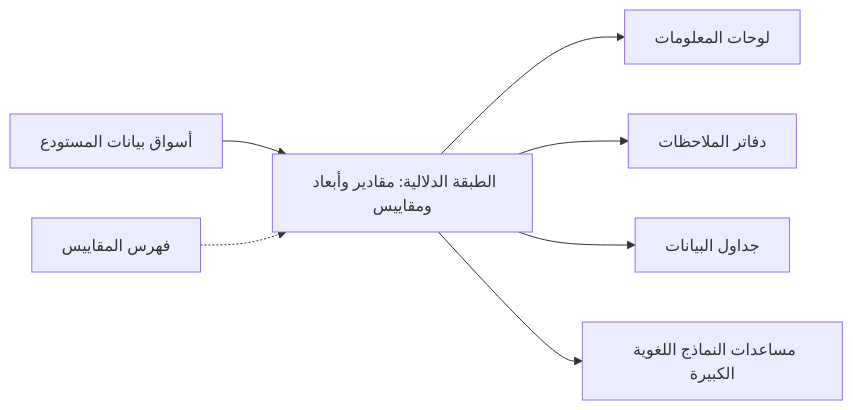
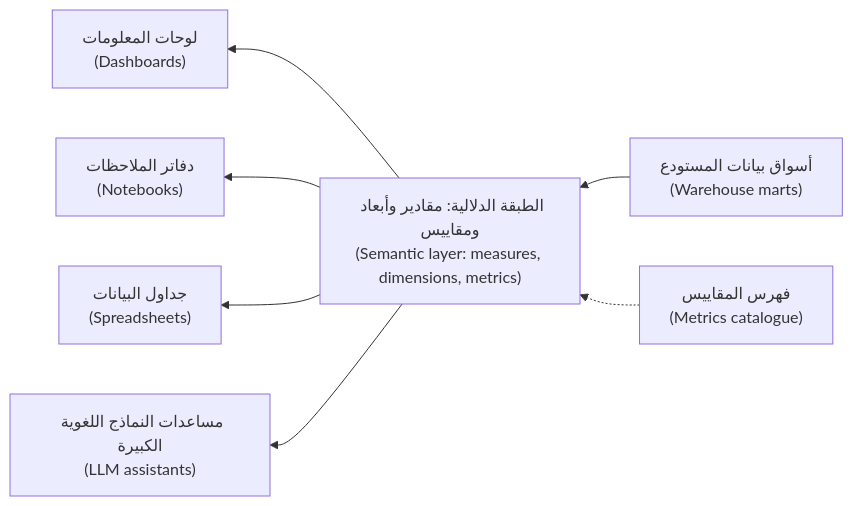
One commit to Tamoura/system-design-for-vibe-coders changed the first of 3 diagrams in data/modules/04-analytics.ar.md. Above: the diagram before and after it, drawn with Mermaid. The commit also changed other lines of this file and 20 other files, not shown here.

First line of the commit message:
New courses: Arabic diagrams read right-to-left with English labels (modules 0–6)

````diff
--- a/data/modules/04-analytics.ar.md
+++ b/data/modules/04-analytics.ar.md
@@ -88,9 +88,9 @@
 ```mermaid
-flowchart LR
-    W["أسواق بيانات المستودع"] --> S["الطبقة الدلالية: مقادير وأبعاد ومقاييس"]
-    S --> D["لوحات المعلومات"]
-    S --> N["دفاتر الملاحظات"]
-    S --> X["جداول البيانات"]
-    S --> A["مساعدات النماذج اللغوية الكبيرة"]
-    C["فهرس المقاييس"] -.-> S
+flowchart RL
+    W["أسواق بيانات المستودع<br/>(Warehouse marts)"] --> S["الطبقة الدلالية: مقادير وأبعاد ومقاييس<br/>(Semantic layer: measures, dimensions, metrics)"]
+    S --> D["لوحات المعلومات<br/>(Dashboards)"]
+    S --> N["دفاتر الملاحظات<br/>(Notebooks)"]
+    S --> X["جداول البيانات<br/>(Spreadsheets)"]
+    S --> A["مساعدات النماذج اللغوية الكبيرة<br/>(LLM assistants)"]
+    C["فهرس المقاييس<br/>(Metrics catalogue)"] -.-> S
 ```
````
